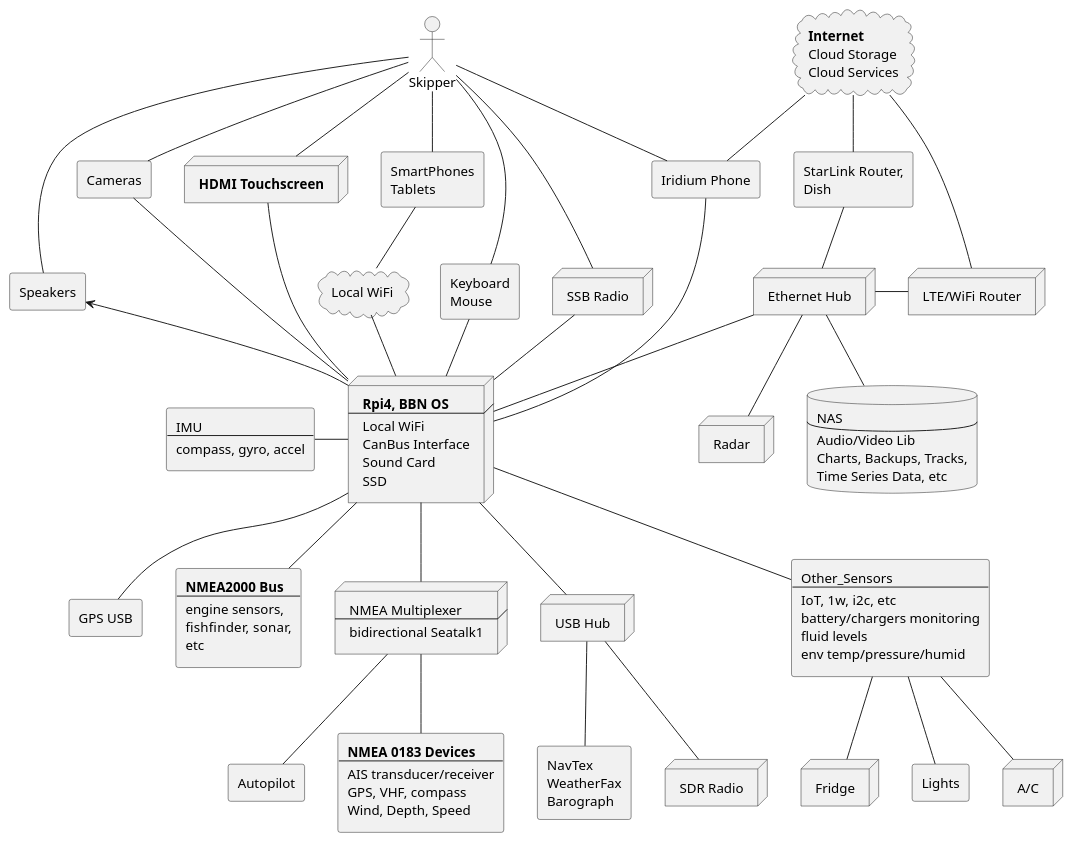
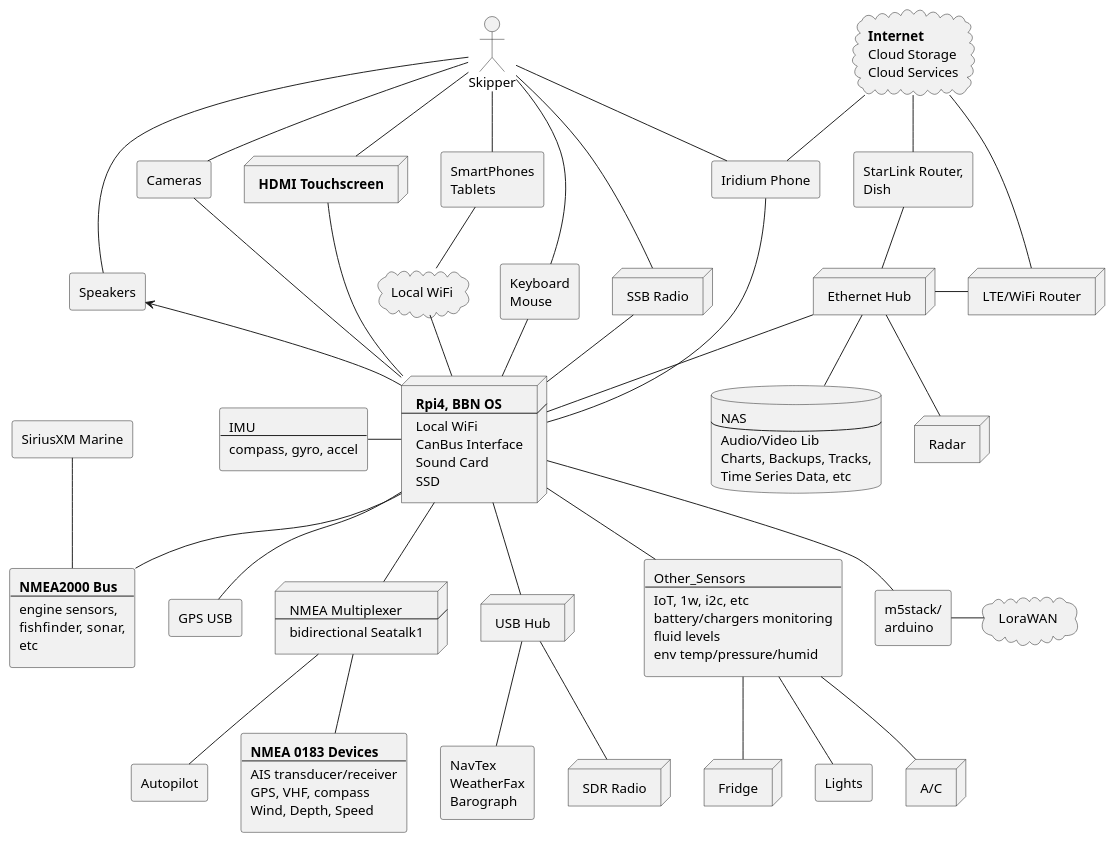
Before and after one commit to bareboat-necessities/my-bareboat: the diagram in docs/plantuml/system-arch.puml, drawn with PlantUML. The commit also changed 1 other file, not shown here.

Commit message:
better diagrams

```diff
--- a/docs/plantuml/system-arch.puml
+++ b/docs/plantuml/system-arch.puml
@@ -130,6 +130,10 @@
  Barograph
 ]
 
+rectangle SiriusXM [
+ SiriusXM Marine
+]
+
 rectangle SmartPhone [
  SmartPhones
  Tablets
@@ -149,6 +153,15 @@
  Cloud Services
 ]
 
+cloud Lora [
+ LoraWAN
+]
+
+rectangle Esp32 [
+ m5stack/
+ arduino
+]
+
 RPI -- GPS
 RPI -l- IMU
 RPI -- NMEA_2000
@@ -161,10 +174,13 @@
 RPI -u- SSB
 RPI -u- Iridium
 RPI -- Other_Sensors
+RPI -d- Esp32
 RPI -u- WiFi_Local
 RPI -u- Keyboard_Mouse
 
 SmartPhone -- WiFi_Local
+
+SiriusXM -- NMEA_2000
 
 Eth_Hub -r- Router
 Eth_Hub -- Radar
@@ -181,6 +197,8 @@
 NMEA_Mux -- NMEA_0183
 NMEA_Mux -- AP
 
+Lora -l- Esp32
+
 Cloud_Internet -- Dish_Router
 Cloud_Internet -- Router
 Cloud_Internet -- Iridium
```
